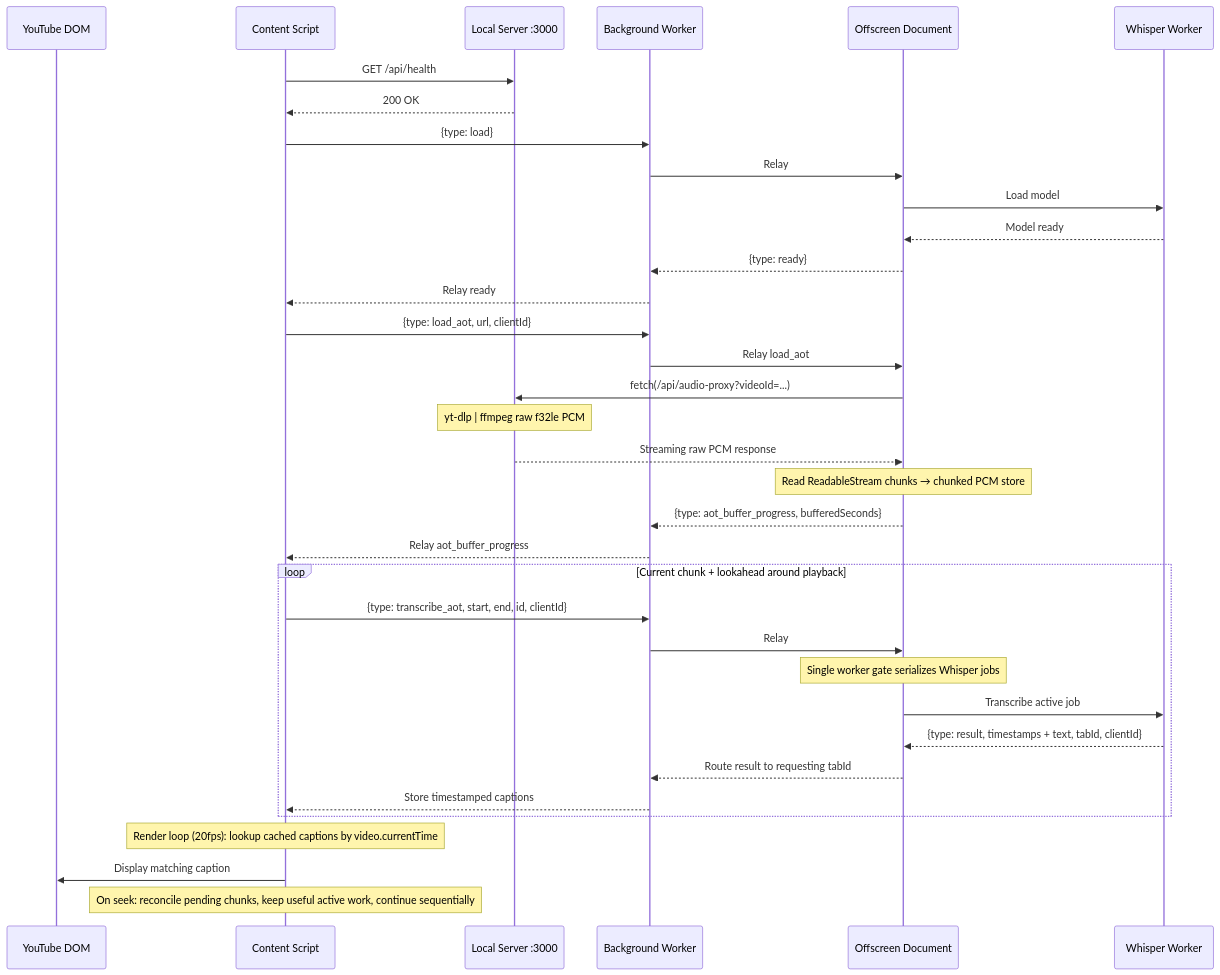
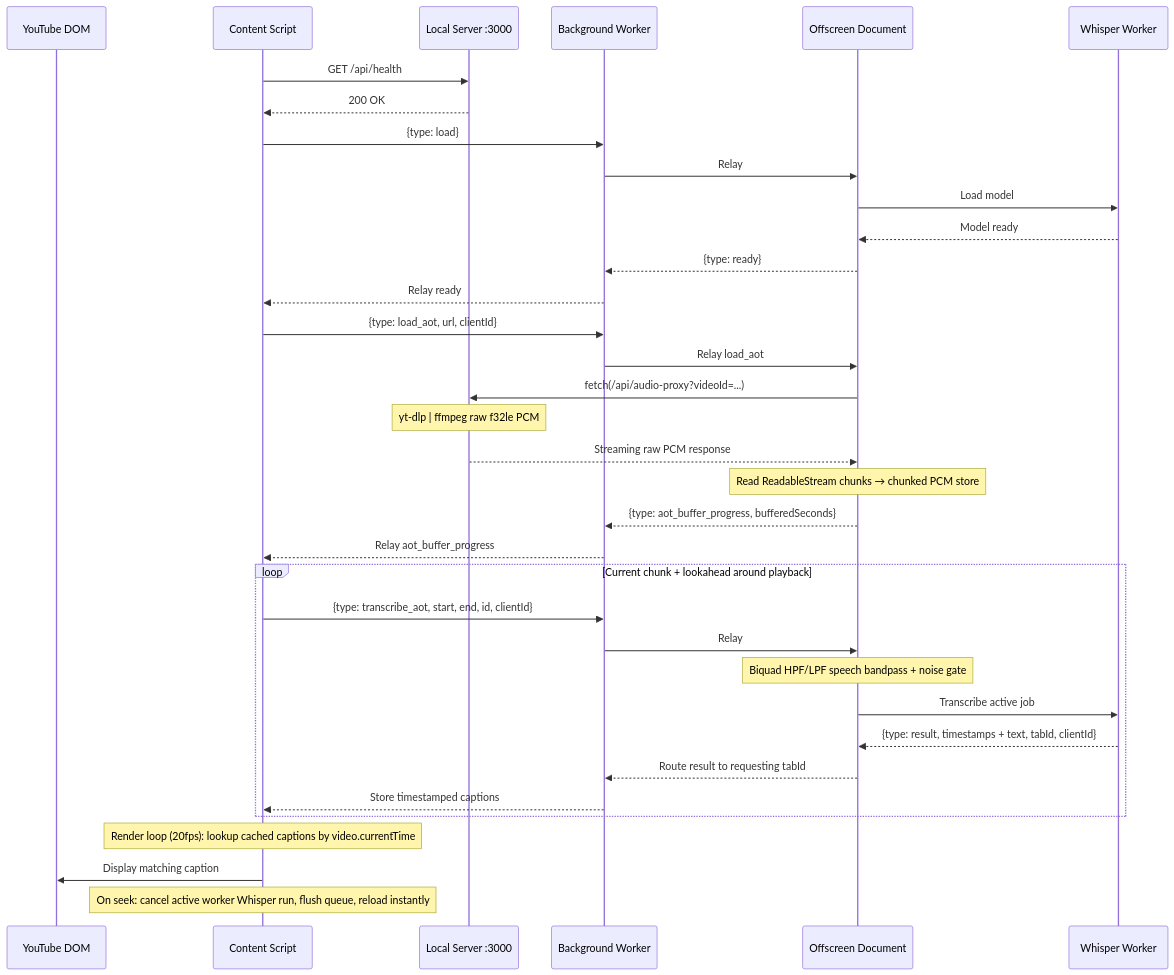
One commit to pranansh-s/mute.ly changed the second of 2 diagrams in README.md. Above: the diagram before and after it, drawn with Mermaid. The commit also changed other lines of this file, not shown here.

````diff
--- a/README.md
+++ b/README.md
@@ -56,42 +107,42 @@
 ```mermaid
 sequenceDiagram
     participant YT as YouTube DOM
     participant CS as Content Script
     participant Srv as Local Server :3000
     participant BG as Background Worker
     participant OD as Offscreen Document
     participant WW as Whisper Worker
 
     CS->>Srv: GET /api/health
     Srv-->>CS: 200 OK
 
     CS->>BG: {type: load}
     BG->>OD: Relay
     OD->>WW: Load model
     WW-->>OD: Model ready
     OD-->>BG: {type: ready}
     BG-->>CS: Relay ready
 
     CS->>BG: {type: load_aot, url, clientId}
     BG->>OD: Relay load_aot
     OD->>Srv: fetch(/api/audio-proxy?videoId=...)
     Note over Srv: yt-dlp | ffmpeg raw f32le PCM
     Srv-->>OD: Streaming raw PCM response
     Note over OD: Read ReadableStream chunks → chunked PCM store
     OD-->>BG: {type: aot_buffer_progress, bufferedSeconds}
     BG-->>CS: Relay aot_buffer_progress
     
     loop Current chunk + lookahead around playback
         CS->>BG: {type: transcribe_aot, start, end, id, clientId}
         BG->>OD: Relay
-        Note over OD: Single worker gate serializes Whisper jobs
+        Note over OD: Biquad HPF/LPF speech bandpass + noise gate
         OD->>WW: Transcribe active job
         WW-->>OD: {type: result, timestamps + text, tabId, clientId}
         OD-->>BG: Route result to requesting tabId
         BG-->>CS: Store timestamped captions
     end
 
     Note over CS: Render loop (20fps): lookup cached captions by video.currentTime
     CS->>YT: Display matching caption
-    Note over CS: On seek: reconcile pending chunks, keep useful active work, continue sequentially
+    Note over CS: On seek: cancel active worker Whisper run, flush queue, reload instantly
 ```
````
